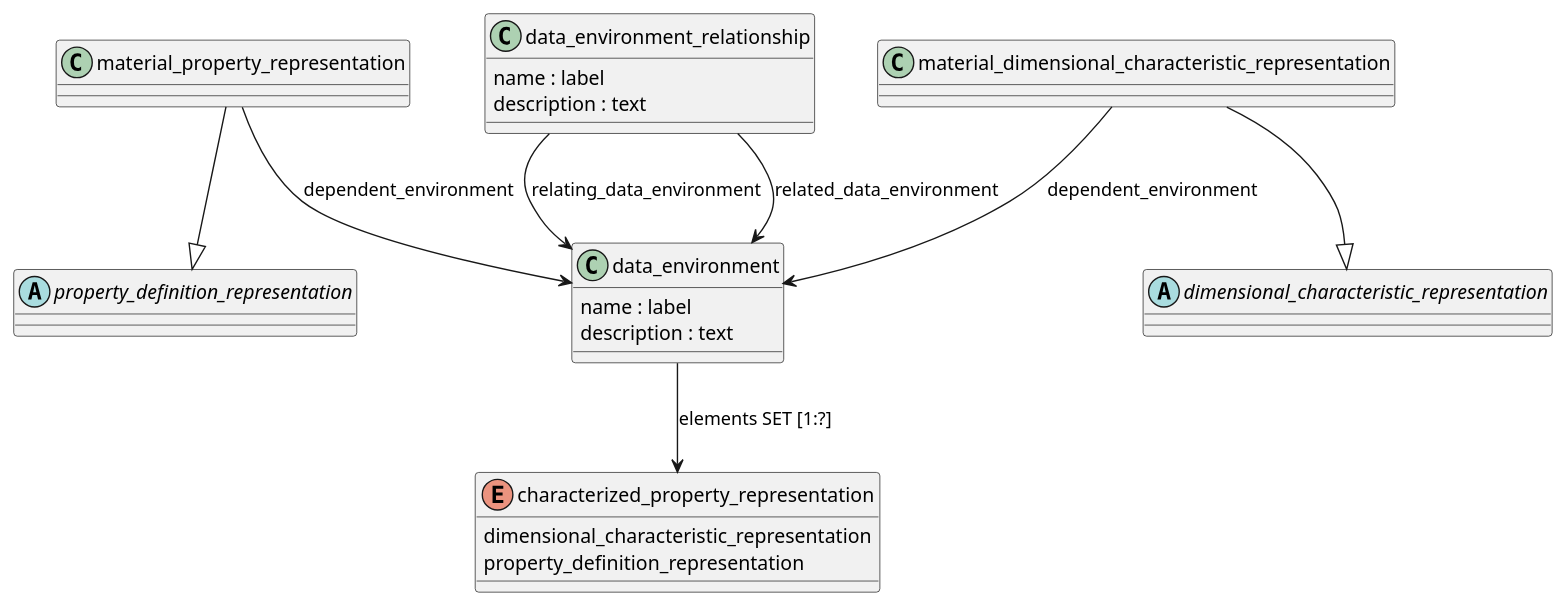
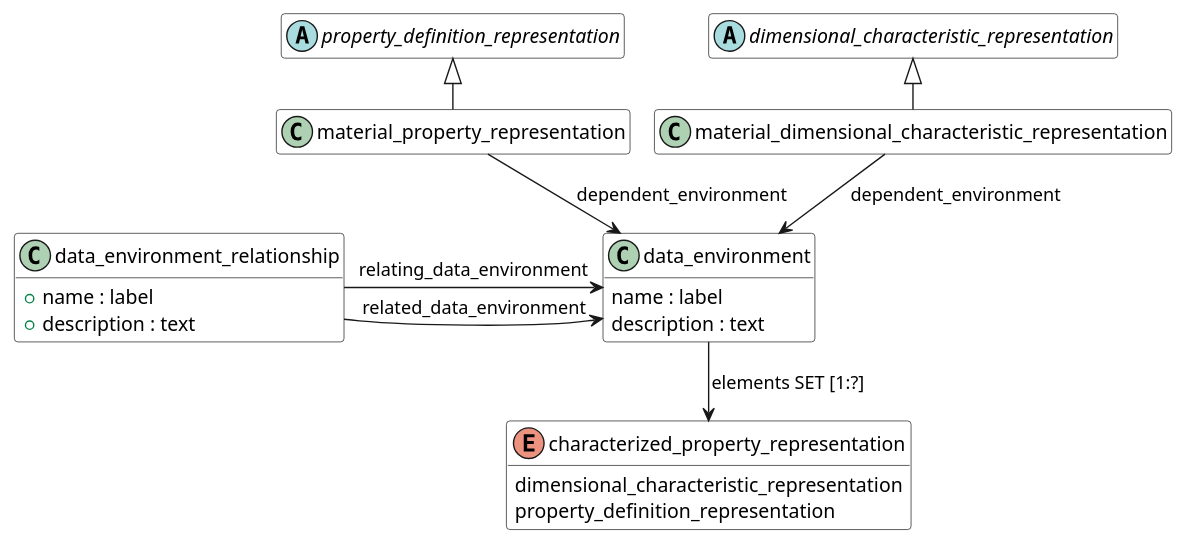
One commit to chukkaba/10303 changed the diagram in 004 Material/material_property_representation/source/material_property_representation.pu. Above: the diagram before and after it, drawn with PlantUML. The commit also changed 10 other files, not shown here.

```diff
--- a/004 Material/material_property_representation/source/material_property_representation.pu
+++ b/004 Material/material_property_representation/source/material_property_representation.pu
@@ -1,46 +1,51 @@
-@startuml
+@startuml material_property_representation
 
-class data_environment {
+!pragma layout smetana
+hide empty members
+'skinparam Linetype ortho
+skinparam Nodesep 170
+
+class data_environment #White {
   name : label
   description : text
 }
 
-class data_environment_relationship {
-  name : label
-  description : text
+class data_environment_relationship #White {
+  + name : label
+  + description : text
   
 }
 
-abstract class property_definition_representation {
+abstract property_definition_representation #White {
 }
 
-class material_property_representation {
+class material_property_representation #White {
  
 }
 
-abstract class dimensional_characteristic_representation {
+abstract dimensional_characteristic_representation #White {
 }
 
-class material_dimensional_characteristic_representation {
+class material_dimensional_characteristic_representation #White {
   
 }
 
-enum characterized_property_representation {
+enum characterized_property_representation #White {
 	dimensional_characteristic_representation
 	property_definition_representation
 }
 
 ' Связи между классами
 
-data_environment_relationship --> data_environment : relating_data_environment
+data_environment_relationship -right-> data_environment : relating_data_environment
 data_environment_relationship --> data_environment : related_data_environment
 
-material_property_representation --|> property_definition_representation
+material_property_representation -up-|> property_definition_representation
 material_property_representation --> data_environment : dependent_environment
 
-material_dimensional_characteristic_representation --|> dimensional_characteristic_representation
+material_dimensional_characteristic_representation -up-|> dimensional_characteristic_representation
 material_dimensional_characteristic_representation --> data_environment : dependent_environment
 
 data_environment --> characterized_property_representation : elements SET [1:?]
 
 @enduml
```
